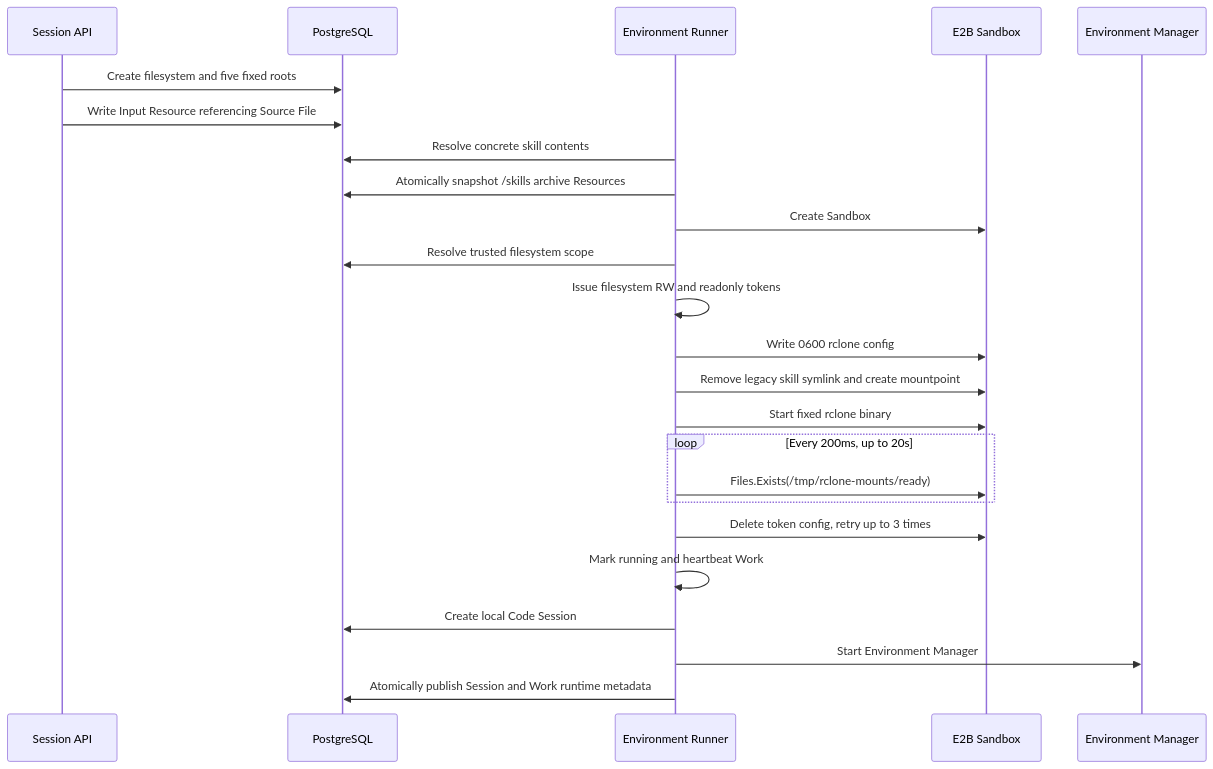
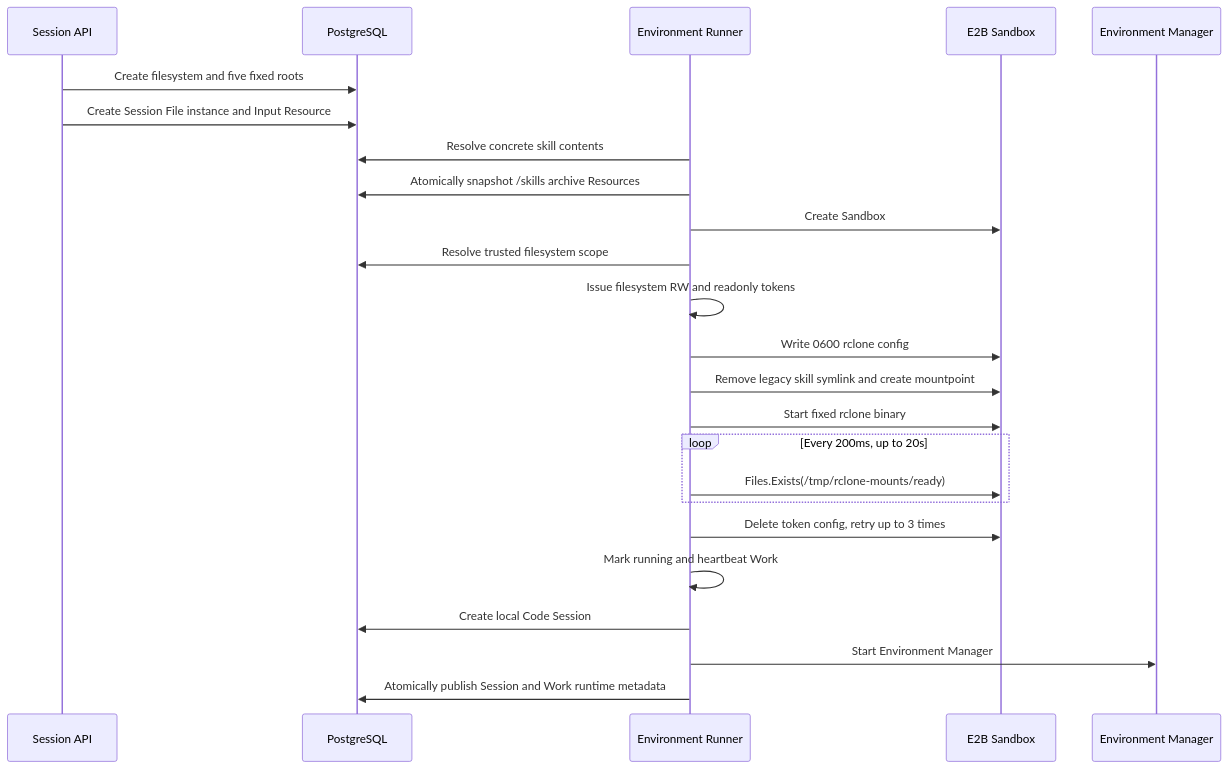
One commit to superduck-ai/open-managed-agents changed the second of 5 diagrams in docs/design/be/filestore.md. Above: the diagram before and after it, drawn with Mermaid. The commit also changed other lines of this file and 114 other files, not shown here.

````diff
--- a/docs/design/be/filestore.md
+++ b/docs/design/be/filestore.md
@@ -161,26 +161,26 @@
 ```mermaid
 sequenceDiagram
     participant A as Session API
     participant D as PostgreSQL
     participant R as Environment Runner
     participant E as E2B Sandbox
     participant M as Environment Manager
     A->>D: Create filesystem and five fixed roots
-    A->>D: Write Input Resource referencing Source File
+    A->>D: Create Session File instance and Input Resource
     R->>D: Resolve concrete skill contents
     R->>D: Atomically snapshot /skills archive Resources
     R->>E: Create Sandbox
     R->>D: Resolve trusted filesystem scope
     R->>R: Issue filesystem RW and readonly tokens
     R->>E: Write 0600 rclone config
     R->>E: Remove legacy skill symlink and create mountpoint
     R->>E: Start fixed rclone binary
     loop Every 200ms, up to 20s
         R->>E: Files.Exists(/tmp/rclone-mounts/ready)
     end
     R->>E: Delete token config, retry up to 3 times
     R->>R: Mark running and heartbeat Work
     R->>D: Create local Code Session
     R->>M: Start Environment Manager
     R->>D: Atomically publish Session and Work runtime metadata
 ```
````
